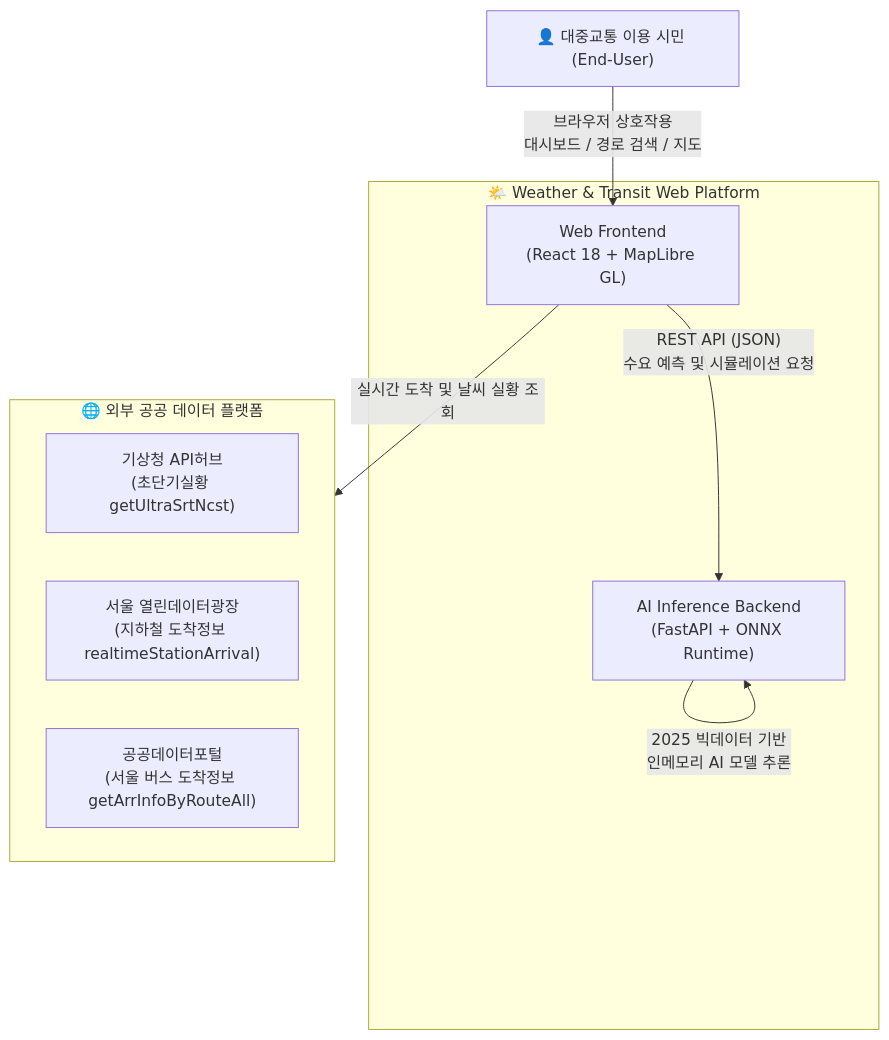
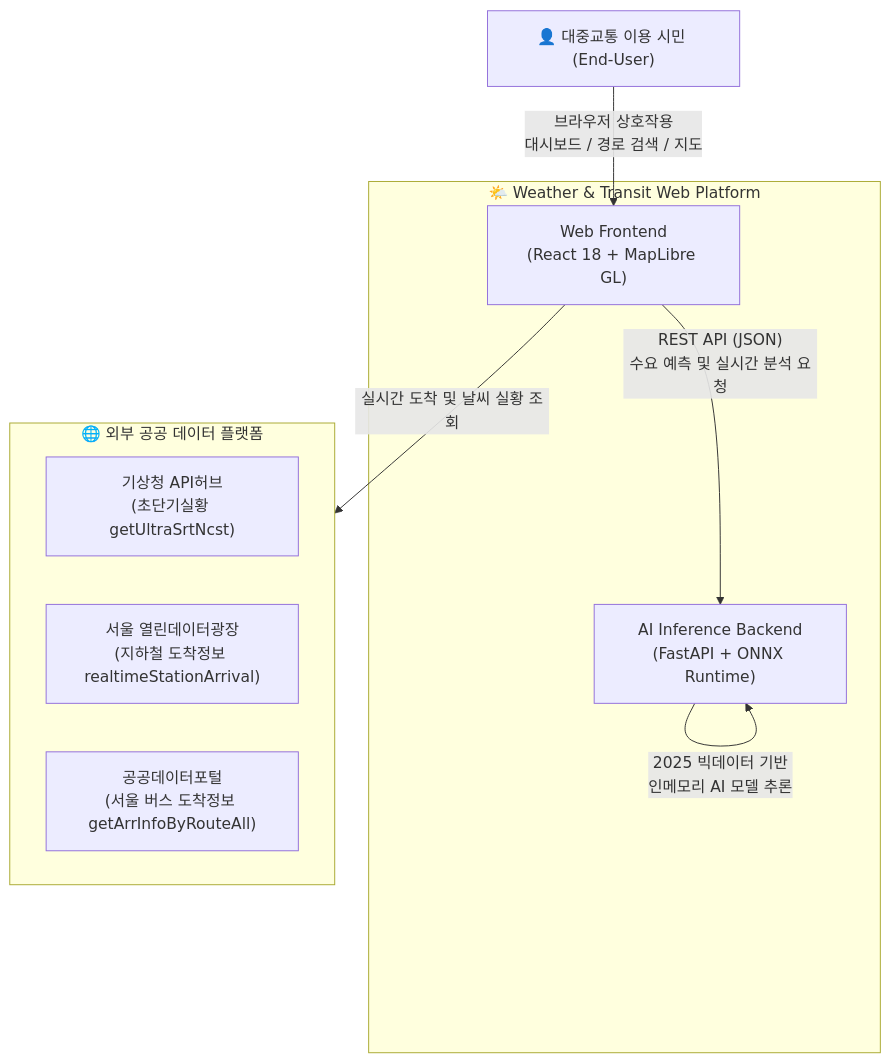
Before and after one commit to 14EE4/weather-transit-web: the first of 6 diagrams in docs/SYSTEM_ARCHITECTURE.md, drawn with Mermaid. The commit also changed other lines of this file and 3 other files, not shown here.

````diff
--- a/docs/SYSTEM_ARCHITECTURE.md
+++ b/docs/SYSTEM_ARCHITECTURE.md
@@ -44,20 +44,20 @@
 ```mermaid
 flowchart TD
     User["👤 대중교통 이용 시민 (End-User)"]
     
     subgraph WeatherTransitSystem ["🌤️ Weather & Transit Web Platform"]
         Frontend["Web Frontend<br>(React 18 + MapLibre GL)"]
         Backend["AI Inference Backend<br>(FastAPI + ONNX Runtime)"]
     end
     
     subgraph ExternalServices ["🌐 외부 공공 데이터 플랫폼"]
         KMA["기상청 API허브<br>(초단기실황 getUltraSrtNcst)"]
         SeoulAPI["서울 열린데이터광장<br>(지하철 도착정보 realtimeStationArrival)"]
         DataGoKr["공공데이터포털<br>(서울 버스 도착정보 getArrInfoByRouteAll)"]
     end
     
     User -->|"브라우저 상호작용<br>대시보드 / 경로 검색 / 지도"| Frontend
-    Frontend -->|"REST API (JSON)<br>수요 예측 및 시뮬레이션 요청"| Backend
+    Frontend -->|"REST API (JSON)<br>수요 예측 및 실시간 분석 요청"| Backend
     Frontend -->|"실시간 도착 및 날씨 실황 조회"| ExternalServices
     Backend -->|"2025 빅데이터 기반<br>인메모리 AI 모델 추론"| Backend
 ```
````
